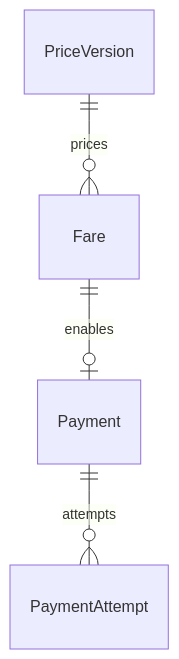
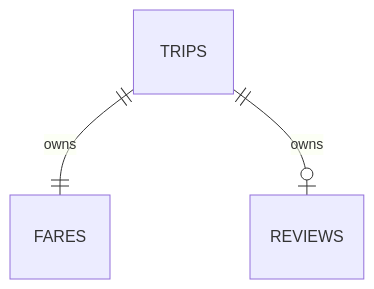
One commit to HHT777/23659411_HuynhHuuTuan_CABsystem changed the ninth of 10 diagrams in microservice_design.md. Above: the diagram before and after it, drawn with Mermaid. The commit also changed other lines of this file and 3 other files, not shown here.

````diff
--- a/microservice_design.md
+++ b/microservice_design.md
@@ -1262,6 +706,5 @@
 ```mermaid
 erDiagram
-  PriceVersion ||--o{ Fare : prices
-  Fare ||--o| Payment : enables
-  Payment ||--o{ PaymentAttempt : attempts
+  TRIPS ||--|| FARES : owns
+  TRIPS ||--o| REVIEWS : owns
 ```
````
